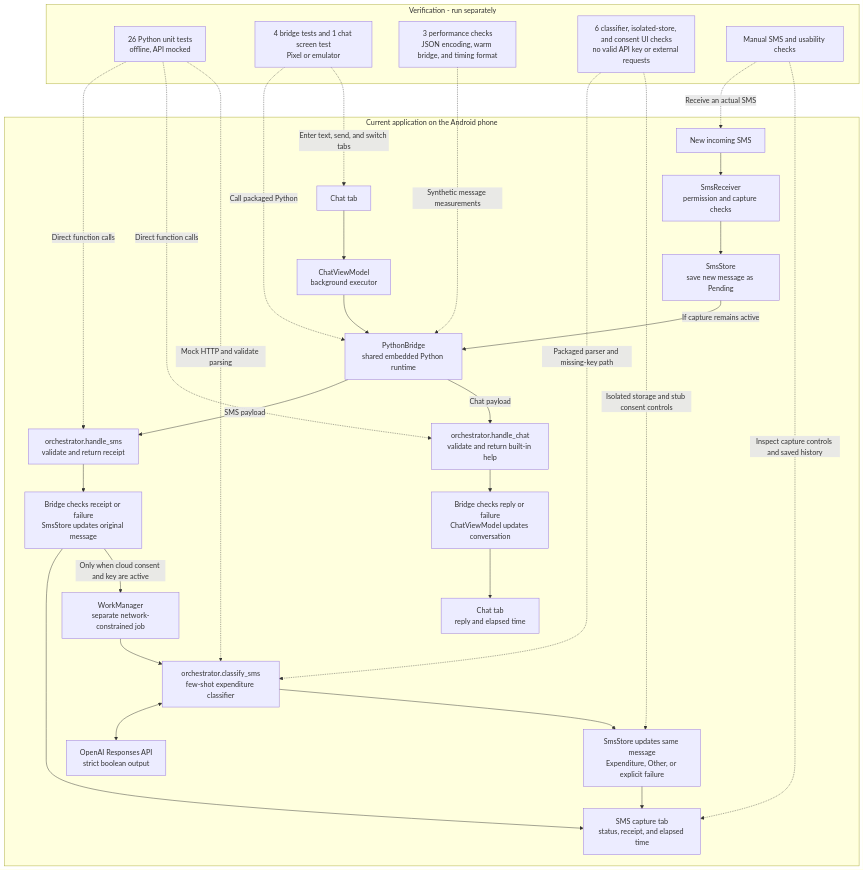
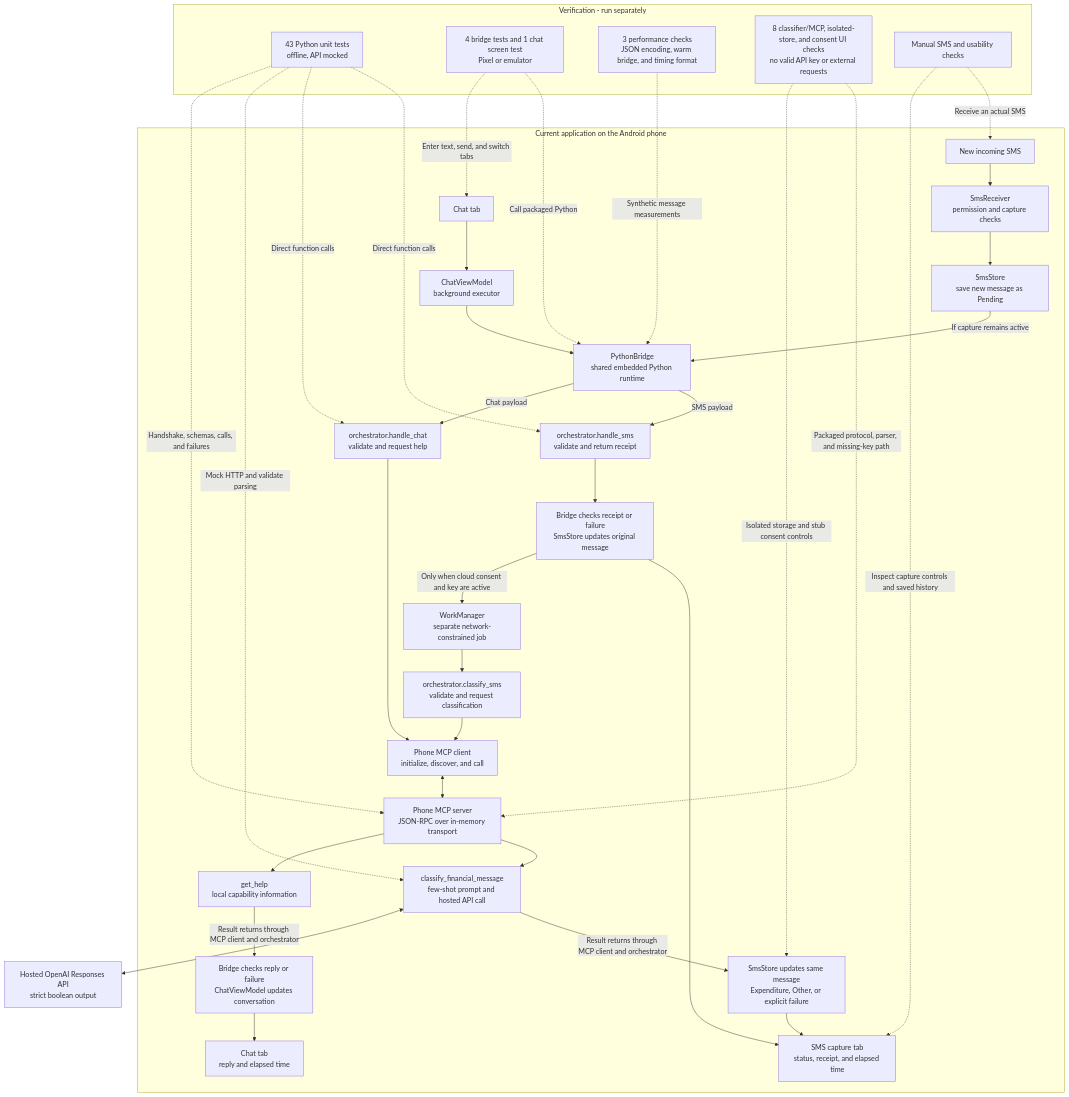
The first of 3 diagrams in README.md (Abijith97/expense-tracker-with-mcp), drawn with Mermaid before and after one commit. The commit also changed other lines of this file and 29 other files, not shown here.

Commit message:
Add phone MCP tools, remove legacy backend, and document testing

````diff
--- a/README.md
+++ b/README.md
@@ -26,39 +42,45 @@
 ```mermaid
 flowchart TB
     subgraph Phone[Current application on the Android phone]
         Chat[Chat tab] --> ChatWork[ChatViewModel<br/>background executor]
         SMS[New incoming SMS] --> Capture[SmsReceiver<br/>permission and capture checks]
         Capture --> Save[SmsStore<br/>save new message as Pending]
         Save -->|If capture remains active| Bridge[PythonBridge<br/>shared embedded Python runtime]
         ChatWork --> Bridge
         Bridge -->|SMS payload| SMSPython[orchestrator.handle_sms<br/>validate and return receipt]
-        Bridge -->|Chat payload| ChatPython[orchestrator.handle_chat<br/>validate and return built-in help]
+        Bridge -->|Chat payload| ChatPython[orchestrator.handle_chat<br/>validate and request help]
         SMSPython --> SMSResult[Bridge checks receipt or failure<br/>SmsStore updates original message]
         SMSResult --> SMSScreen[SMS capture tab<br/>status, receipt, and elapsed time]
         SMSResult -->|Only when cloud consent and key are active| CloudWork[WorkManager<br/>separate network-constrained job]
-        CloudWork --> Classifier[orchestrator.classify_sms<br/>few-shot expenditure classifier]
-        Classifier <--> API[OpenAI Responses API<br/>strict boolean output]
-        Classifier --> Classified[SmsStore updates same message<br/>Expenditure, Other, or explicit failure]
+        CloudWork --> Classifier[orchestrator.classify_sms<br/>validate and request classification]
+        Classifier --> MCPClient[Phone MCP client<br/>initialize, discover, and call]
+        ChatPython --> MCPClient
+        MCPClient <--> MCPServer[Phone MCP server<br/>JSON-RPC over in-memory transport]
+        MCPServer --> ClassifyTool[classify_financial_message<br/>few-shot prompt and hosted API call]
+        MCPServer --> HelpTool[get_help<br/>local capability information]
+        ClassifyTool -->|Result returns through MCP client and orchestrator| Classified[SmsStore updates same message<br/>Expenditure, Other, or explicit failure]
         Classified --> SMSScreen
-        ChatPython --> ChatResult[Bridge checks reply or failure<br/>ChatViewModel updates conversation]
+        HelpTool -->|Result returns through MCP client and orchestrator| ChatResult[Bridge checks reply or failure<br/>ChatViewModel updates conversation]
         ChatResult --> ChatScreen[Chat tab<br/>reply and elapsed time]
     end
+    ClassifyTool <--> API[Hosted OpenAI Responses API<br/>strict boolean output]
 
     subgraph Checks[Verification - run separately]
-        Unit[26 Python unit tests<br/>offline, API mocked]
+        Unit[43 Python unit tests<br/>offline, API mocked]
         Integration[4 bridge tests and 1 chat screen test<br/>Pixel or emulator]
         Performance[3 performance checks<br/>JSON encoding, warm bridge, and timing format]
-        ClassificationChecks[6 classifier, isolated-store, and consent UI checks<br/>no valid API key or external requests]
+        ClassificationChecks[8 classifier/MCP, isolated-store, and consent UI checks<br/>no valid API key or external requests]
         Manual[Manual SMS and usability checks]
     end
     Unit -.->|Direct function calls| SMSPython
     Unit -.->|Direct function calls| ChatPython
     Integration -.->|Call packaged Python| Bridge
     Integration -.->|Enter text, send, and switch tabs| Chat
     Performance -.->|Synthetic message measurements| Bridge
-    Unit -.->|Mock HTTP and validate parsing| Classifier
-    ClassificationChecks -.->|Packaged parser and missing-key path| Classifier
+    Unit -.->|Mock HTTP and validate parsing| ClassifyTool
+    Unit -.->|Handshake, schemas, calls, and failures| MCPServer
+    ClassificationChecks -.->|Packaged protocol, parser, and missing-key path| MCPServer
     ClassificationChecks -.->|Isolated storage and stub consent controls| Classified
     Manual -.->|Receive an actual SMS| SMS
     Manual -.->|Inspect capture controls and saved history| SMSScreen
 ```
````
